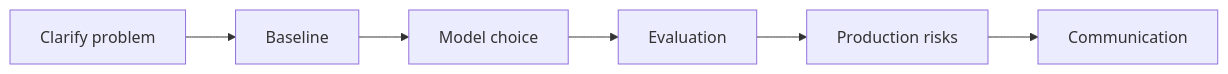
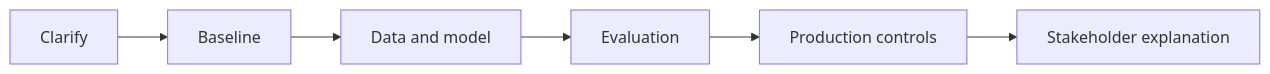
One commit to Icon1cc/Machine-Learning changed the diagram in interview-prep/01-ai-engineer-roadmap.md. Above: the diagram before and after it, drawn with Mermaid. The commit also changed other lines of this file and 72 other files, not shown here.

````diff
--- a/interview-prep/01-ai-engineer-roadmap.md
+++ b/interview-prep/01-ai-engineer-roadmap.md
@@ -100,8 +98,8 @@
 ```mermaid
 flowchart LR
-    A[Clarify problem] --> B[Baseline]
-    B --> C[Model choice]
+    A[Clarify] --> B[Baseline]
+    B --> C[Data and model]
     C --> D[Evaluation]
-    D --> E[Production risks]
-    E --> F[Communication]
+    D --> E[Production controls]
+    E --> F[Stakeholder explanation]
 ```
````
